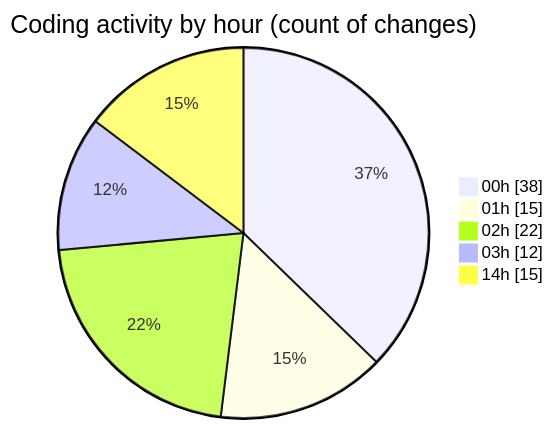
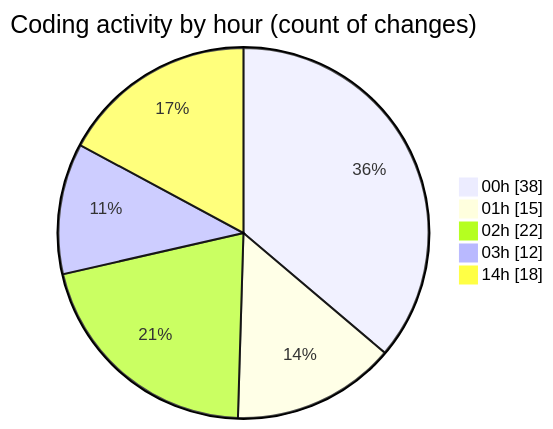
The second of 2 diagrams in 2025-03-08/uber_clone/README.md (donsfak/code-tracking), drawn with Mermaid before and after one commit. The commit also changed other lines of this file and 1 other file, not shown here.

````diff
--- a/2025-03-08/uber_clone/README.md
+++ b/2025-03-08/uber_clone/README.md
@@ -34,9 +34,9 @@
 ```mermaid
 pie showData
 title Coding activity by hour (count of changes)
 "00h" : 38
 "01h" : 15
 "02h" : 22
 "03h" : 12
-"14h" : 15
+"14h" : 18
 ```
````
